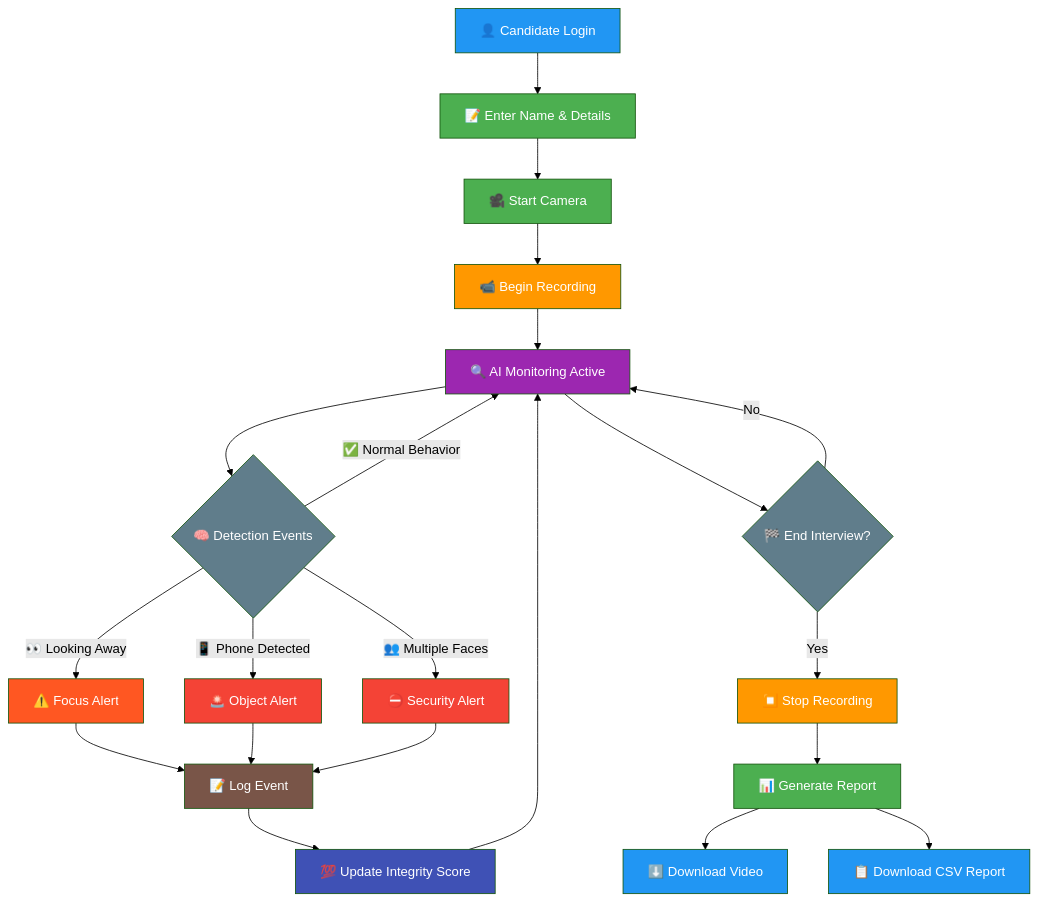
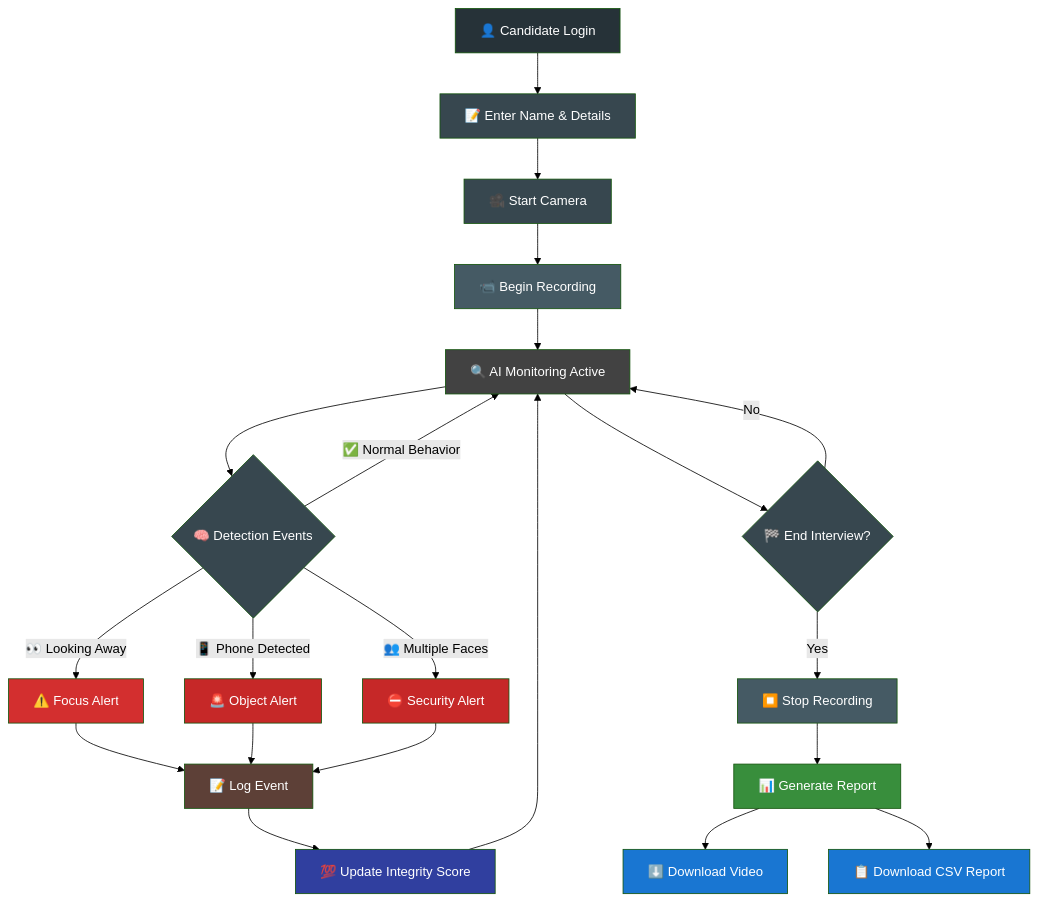
One commit to iwanturequity/Tutedude-assignment changed the first of 2 diagrams in README.md. Above: the diagram before and after it, drawn with Mermaid (forest theme). The commit also changed other lines of this file, not shown here.

Commit message:
Update Mermaid diagram

````diff
--- a/README.md
+++ b/README.md
@@ -55,43 +55,43 @@
 ```mermaid
 flowchart TD
     A[👤 Candidate Login] --> B[📝 Enter Name & Details]
     B --> C[🎥 Start Camera]
     C --> D[📹 Begin Recording]
     D --> E[🔍 AI Monitoring Active]
     
     E --> F{🧠 Detection Events}
     F -->|👀 Looking Away| G[⚠️ Focus Alert]
     F -->|📱 Phone Detected| H[🚨 Object Alert]
     F -->|👥 Multiple Faces| I[⛔ Security Alert]
     F -->|✅ Normal Behavior| E
     
     G --> J[📝 Log Event]
     H --> J
     I --> J
     J --> K[💯 Update Integrity Score]
     K --> E
     
     E --> L{🏁 End Interview?}
     L -->|No| E
     L -->|Yes| M[⏹️ Stop Recording]
     M --> N[📊 Generate Report]
     N --> O[⬇️ Download Video]
     N --> P[📋 Download CSV Report]
     
-    style A fill:#2196F3,color:#ffffff
-    style B fill:#4CAF50,color:#ffffff
-    style C fill:#4CAF50,color:#ffffff
-    style D fill:#FF9800,color:#ffffff
-    style E fill:#9C27B0,color:#ffffff
-    style F fill:#607D8B,color:#ffffff
-    style G fill:#FF5722,color:#ffffff
-    style H fill:#F44336,color:#ffffff
-    style I fill:#F44336,color:#ffffff
-    style J fill:#795548,color:#ffffff
-    style K fill:#3F51B5,color:#ffffff
-    style L fill:#607D8B,color:#ffffff
-    style M fill:#FF9800,color:#ffffff
-    style N fill:#4CAF50,color:#ffffff
-    style O fill:#2196F3,color:#ffffff
-    style P fill:#2196F3,color:#ffffff
+    style A fill:#263238,color:#ffffff
+    style B fill:#37474f,color:#ffffff
+    style C fill:#37474f,color:#ffffff
+    style D fill:#455a64,color:#ffffff
+    style E fill:#424242,color:#ffffff
+    style F fill:#37474f,color:#ffffff
+    style G fill:#d32f2f,color:#ffffff
+    style H fill:#c62828,color:#ffffff
+    style I fill:#c62828,color:#ffffff
+    style J fill:#5d4037,color:#ffffff
+    style K fill:#303f9f,color:#ffffff
+    style L fill:#37474f,color:#ffffff
+    style M fill:#455a64,color:#ffffff
+    style N fill:#388e3c,color:#ffffff
+    style O fill:#1976d2,color:#ffffff
+    style P fill:#1976d2,color:#ffffff
 ```
````
